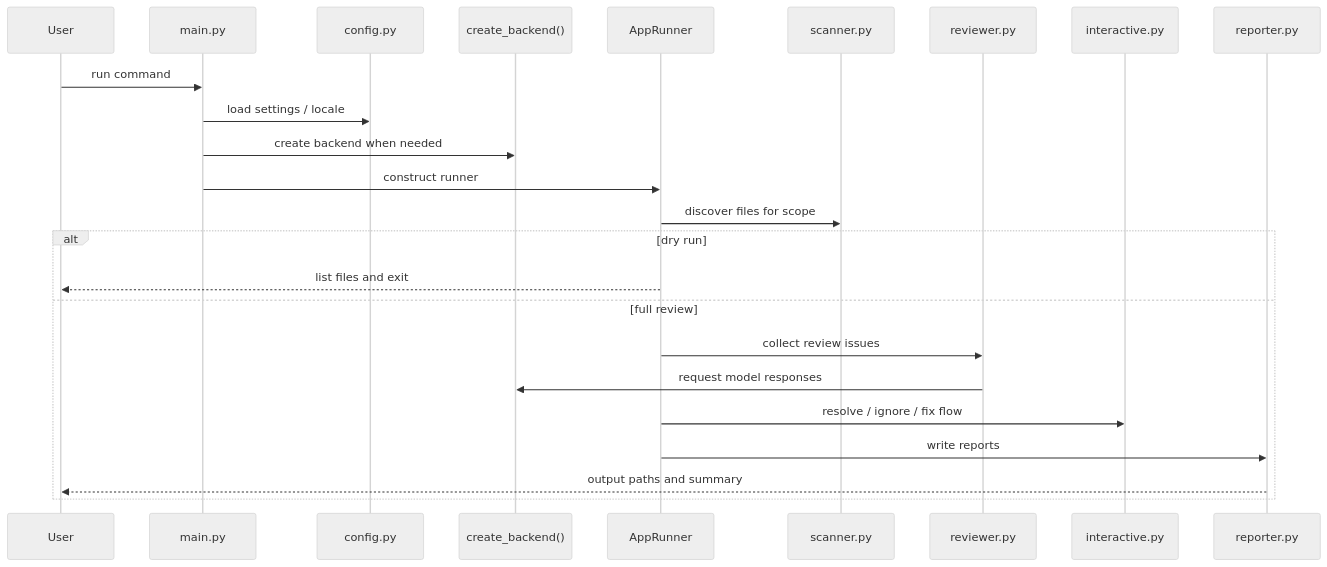
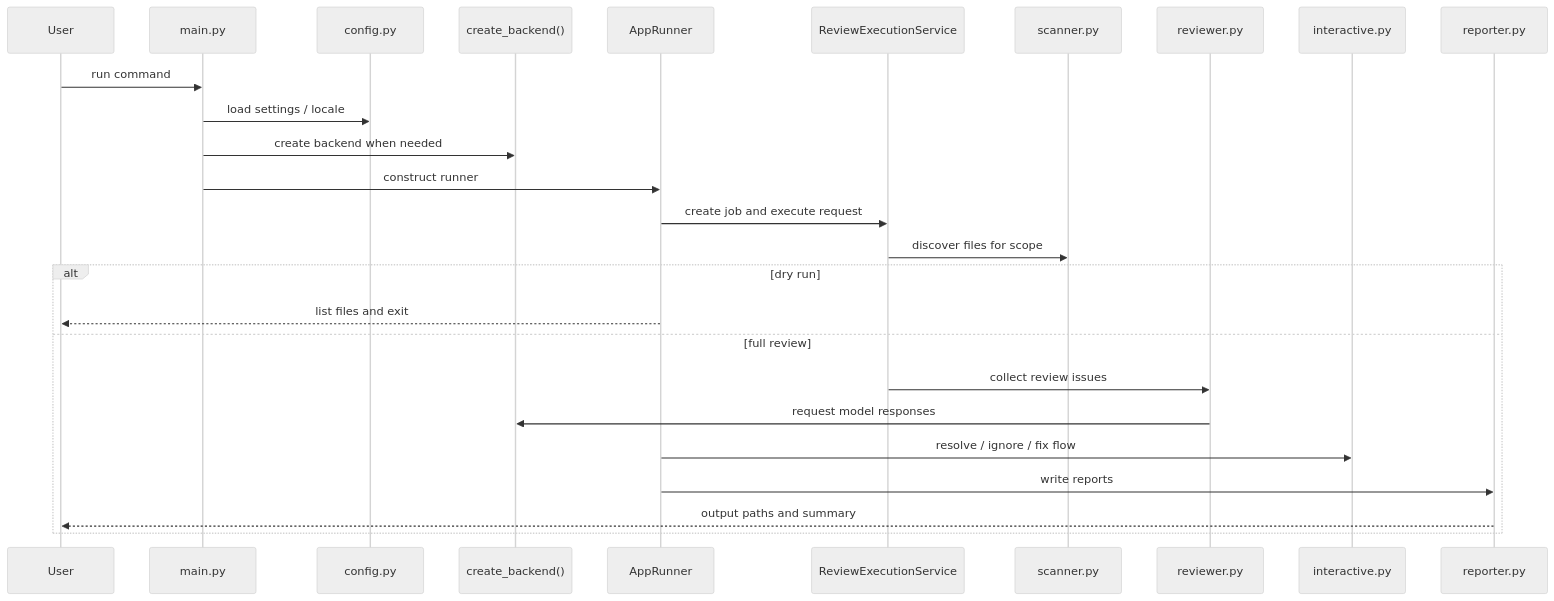
The third of 5 diagrams in docs/architecture.md (gallaway-jp/AICodeReviewer), drawn with Mermaid (neutral theme) before and after one commit. The commit also changed other lines of this file and 125 other files, not shown here.

````diff
--- a/docs/architecture.md
+++ b/docs/architecture.md
@@ -78,27 +87,29 @@
 ```mermaid
 sequenceDiagram
 	participant User
 	participant CLI as main.py
 	participant Config as config.py
 	participant Backend as create_backend()
 	participant Runner as AppRunner
+	participant Exec as ReviewExecutionService
 	participant Scanner as scanner.py
 	participant Reviewer as reviewer.py
 	participant Interactive as interactive.py
 	participant Reporter as reporter.py
 
 	User->>CLI: run command
 	CLI->>Config: load settings / locale
 	CLI->>Backend: create backend when needed
 	CLI->>Runner: construct runner
-	Runner->>Scanner: discover files for scope
+	Runner->>Exec: create job and execute request
+	Exec->>Scanner: discover files for scope
 	alt dry run
 		Runner-->>User: list files and exit
 	else full review
-		Runner->>Reviewer: collect review issues
+		Exec->>Reviewer: collect review issues
 		Reviewer->>Backend: request model responses
 		Runner->>Interactive: resolve / ignore / fix flow
 		Runner->>Reporter: write reports
 		Reporter-->>User: output paths and summary
 	end
 ```
````
